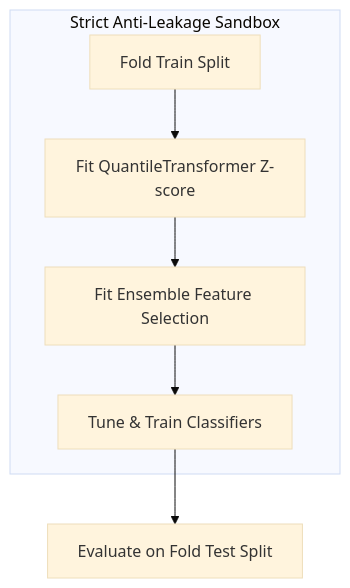
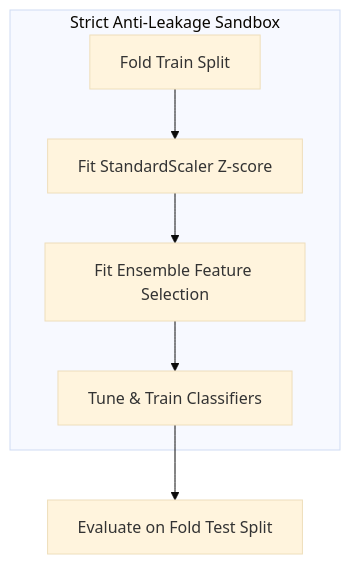
Before and after one commit to shubhamkjha369/OncoResolve-Breast-Cancer-Transcriptomics: the diagram in README.md, drawn with Mermaid (base theme). The commit also changed other lines of this file and 2 other files, not shown here.

````diff
--- a/README.md
+++ b/README.md
@@ -320,9 +320,9 @@
 ```mermaid
 graph TD
     subgraph Sandbox [Strict Anti-Leakage Sandbox]
-        A[Fold Train Split] --> B[Fit QuantileTransformer Z-score]
+        A[Fold Train Split] --> B[Fit StandardScaler Z-score]
         B --> C[Fit Ensemble Feature Selection]
         C --> D[Tune & Train Classifiers]
     end
     D --> E[Evaluate on Fold Test Split]
 ```
````
